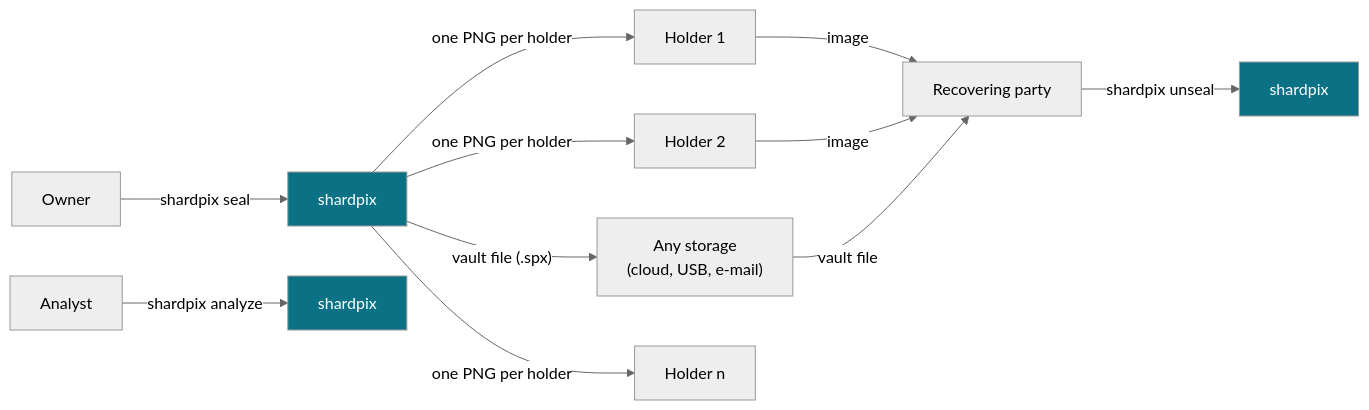
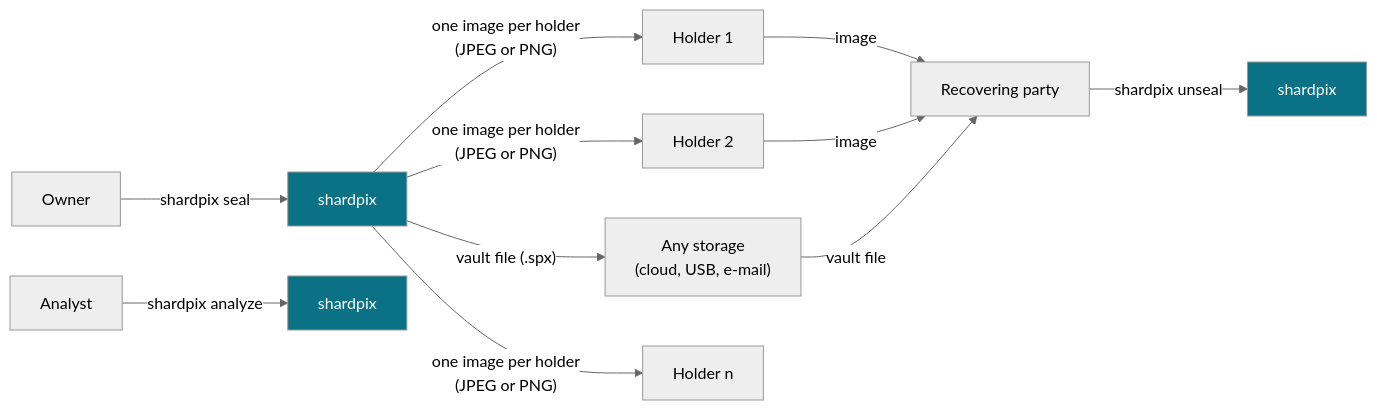
The first of 4 diagrams in docs/01-architecture.md (Just-Ipavon/shardpix), drawn with Mermaid (neutral theme) before and after one commit. The commit also changed other lines of this file and 4 other files, not shown here.

````diff
--- a/docs/01-architecture.md
+++ b/docs/01-architecture.md
@@ -25,17 +25,17 @@
 ```mermaid
 graph LR
     O["Owner"] -->|"shardpix seal"| S["shardpix"]
     S -->|"vault file (.spx)"| ST["Any storage<br/>(cloud, USB, e-mail)"]
-    S -->|"one PNG per holder"| H1["Holder 1"]
-    S -->|"one PNG per holder"| H2["Holder 2"]
-    S -->|"one PNG per holder"| H3["Holder n"]
+    S -->|"one image per holder<br/>(JPEG or PNG)"| H1["Holder 1"]
+    S -->|"one image per holder<br/>(JPEG or PNG)"| H2["Holder 2"]
+    S -->|"one image per holder<br/>(JPEG or PNG)"| H3["Holder n"]
     H1 -->|"image"| R["Recovering party"]
     H2 -->|"image"| R
     ST -->|"vault file"| R
     R -->|"shardpix unseal"| S2["shardpix"]
     A["Analyst"] -->|"shardpix analyze"| S3["shardpix"]
 
     style S fill:#0b7285,color:#fff
     style S2 fill:#0b7285,color:#fff
     style S3 fill:#0b7285,color:#fff
 ```
````
